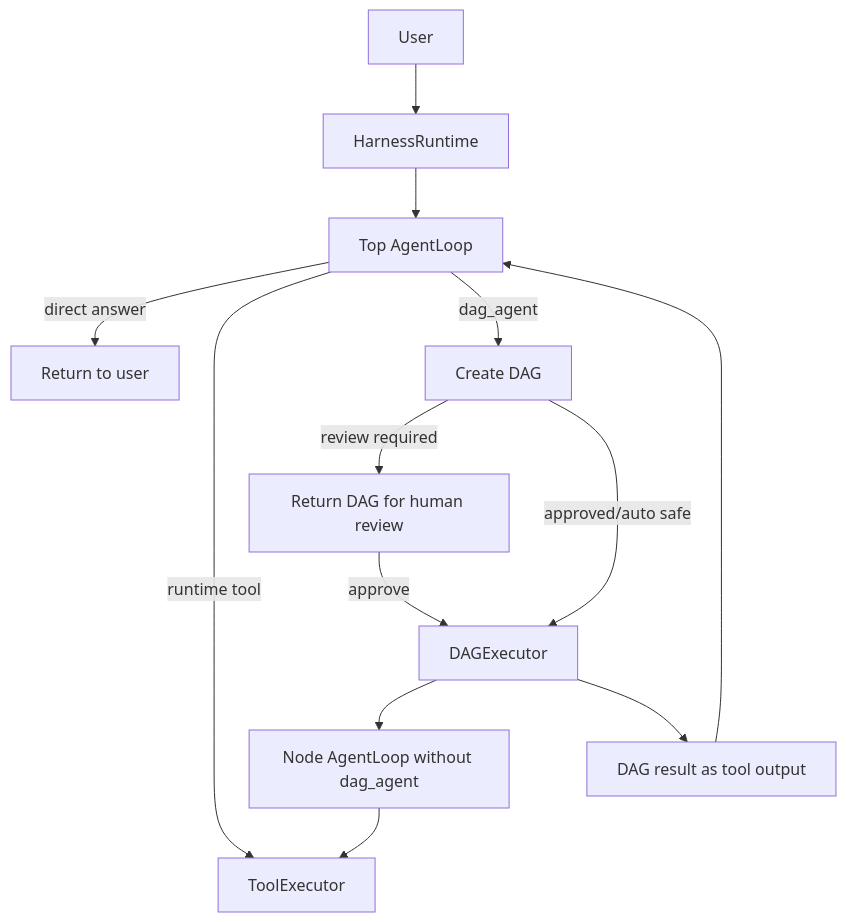
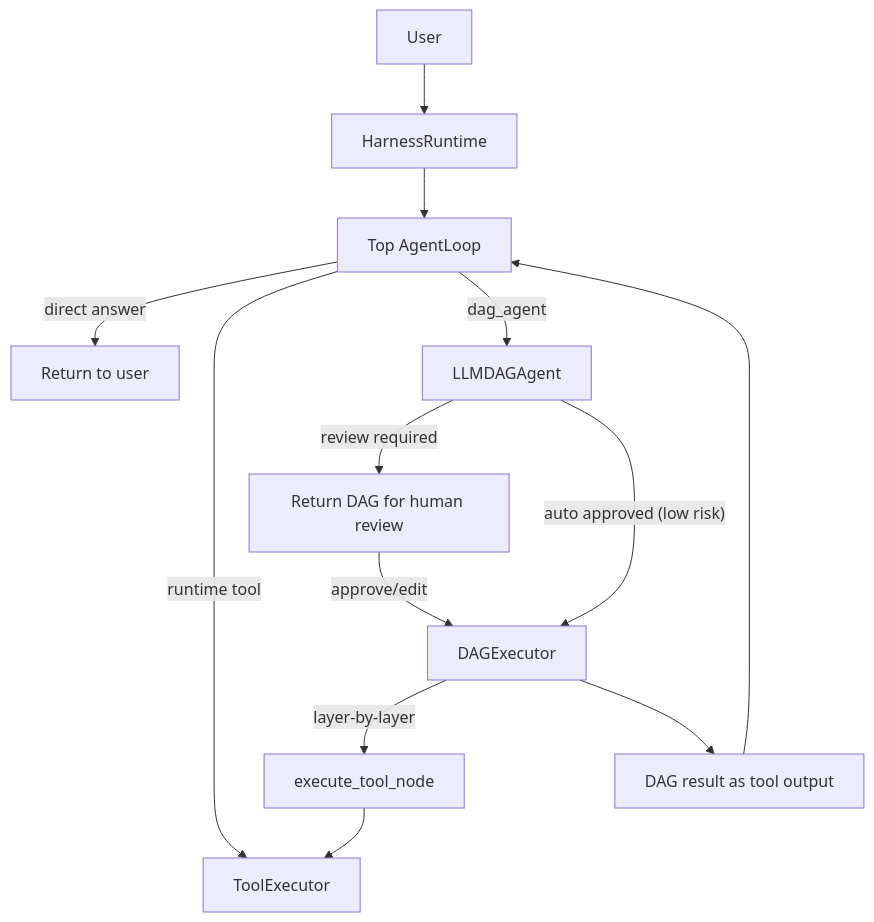
Before and after one commit to RobotSe7en/dagent: the diagram in HANDOFF.md, drawn with Mermaid. The commit also changed other lines of this file, not shown here.

Commit message:
Update HANDOFF.md to reflect current architecture and recent changes

````diff
--- a/HANDOFF.md
+++ b/HANDOFF.md
@@ -66,20 +78,20 @@
 ```mermaid
 flowchart TD
   U["User"] --> R["HarnessRuntime"]
   R --> A["Top AgentLoop"]
 
   A -->|"direct answer"| O["Return to user"]
   A -->|"runtime tool"| T["ToolExecutor"]
-  A -->|"dag_agent"| D["Create DAG"]
+  A -->|"dag_agent"| D["LLMDAGAgent"]
 
   D -->|"review required"| UI["Return DAG for human review"]
-  D -->|"approved/auto safe"| E["DAGExecutor"]
+  D -->|"auto approved (low risk)"| E["DAGExecutor"]
 
-  UI -->|"approve"| E
+  UI -->|"approve/edit"| E
 
-  E --> N["Node AgentLoop without dag_agent"]
+  E -->|"layer-by-layer"| N["execute_tool_node"]
   N --> T
 
   E --> DR["DAG result as tool output"]
   DR --> A
 ```
````
